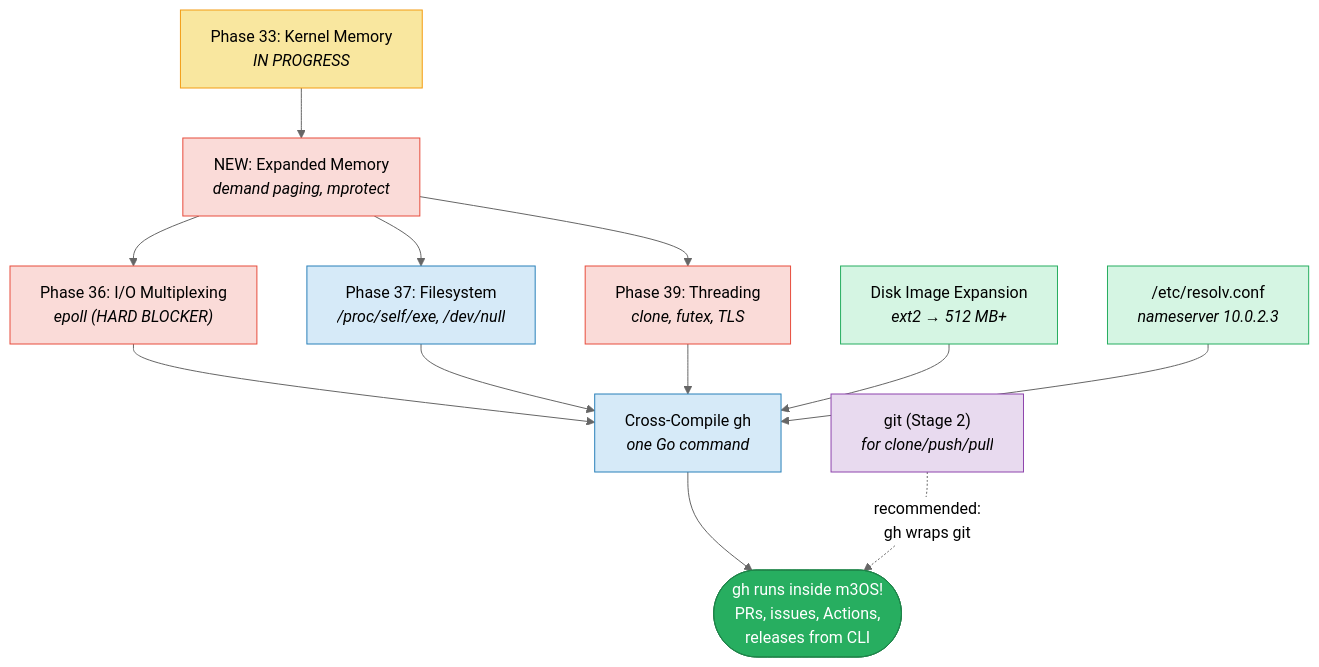
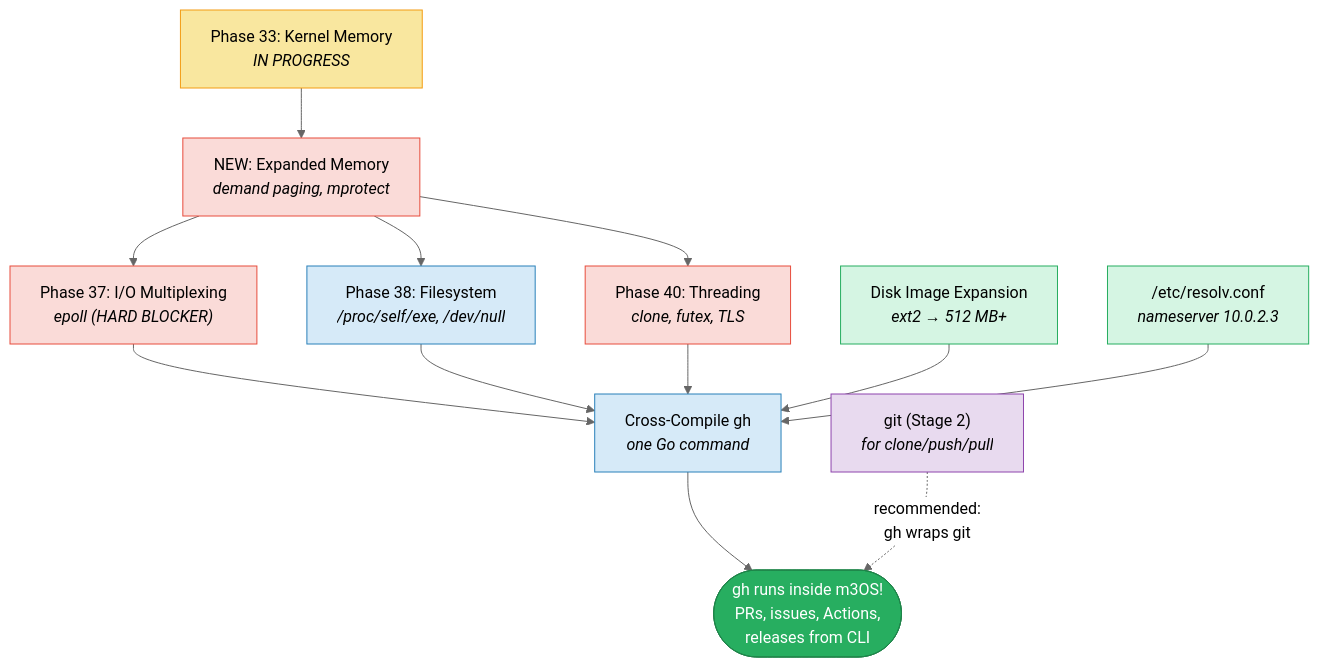
One commit to mikecubed/m3OS changed the third of 5 diagrams in docs/github-cli-roadmap.md. Above: the diagram before and after it, drawn with Mermaid (neutral theme). The commit also changed other lines of this file and 34 other files, not shown here.

````diff
--- a/docs/github-cli-roadmap.md
+++ b/docs/github-cli-roadmap.md
@@ -302,37 +302,37 @@
 ```mermaid
 flowchart TD
     P33["Phase 33: Kernel Memory<br/><i>IN PROGRESS</i>"]
     EM["NEW: Expanded Memory<br/><i>demand paging, mprotect</i>"]
-    P36["Phase 36: I/O Multiplexing<br/><i>epoll (HARD BLOCKER)</i>"]
-    P37["Phase 37: Filesystem<br/><i>/proc/self/exe, /dev/null</i>"]
-    P39["Phase 39: Threading<br/><i>clone, futex, TLS</i>"]
+    P37["Phase 37: I/O Multiplexing<br/><i>epoll (HARD BLOCKER)</i>"]
+    P38["Phase 38: Filesystem<br/><i>/proc/self/exe, /dev/null</i>"]
+    P40["Phase 40: Threading<br/><i>clone, futex, TLS</i>"]
     DI["Disk Image Expansion<br/><i>ext2 → 512 MB+</i>"]
     RESOLV["/etc/resolv.conf<br/><i>nameserver 10.0.2.3</i>"]
     CC["Cross-Compile gh<br/><i>one Go command</i>"]
     DONE(["gh runs inside m3OS!<br/>PRs, issues, Actions,<br/>releases from CLI"])
 
     GIT["git (Stage 2)<br/><i>for clone/push/pull</i>"]
 
     P33 --> EM
-    EM --> P36
     EM --> P37
-    EM --> P39
-    P36 --> CC
+    EM --> P38
+    EM --> P40
     P37 --> CC
-    P39 --> CC
+    P38 --> CC
+    P40 --> CC
     DI --> CC
     RESOLV --> CC
     CC --> DONE
     GIT -.->|"recommended:<br/>gh wraps git"| DONE
 
     style P33 fill:#f9e79f,stroke:#f39c12,color:#000
     style EM fill:#fadbd8,stroke:#e74c3c,color:#000
-    style P36 fill:#fadbd8,stroke:#e74c3c,color:#000
-    style P37 fill:#d6eaf8,stroke:#2980b9,color:#000
-    style P39 fill:#fadbd8,stroke:#e74c3c,color:#000
+    style P37 fill:#fadbd8,stroke:#e74c3c,color:#000
+    style P38 fill:#d6eaf8,stroke:#2980b9,color:#000
+    style P40 fill:#fadbd8,stroke:#e74c3c,color:#000
     style DI fill:#d5f5e3,stroke:#27ae60,color:#000
     style RESOLV fill:#d5f5e3,stroke:#27ae60,color:#000
     style CC fill:#d6eaf8,stroke:#2980b9,color:#000
     style DONE fill:#27ae60,stroke:#1e8449,color:#fff
     style GIT fill:#e8daef,stroke:#8e44ad,color:#000
 ```
````
